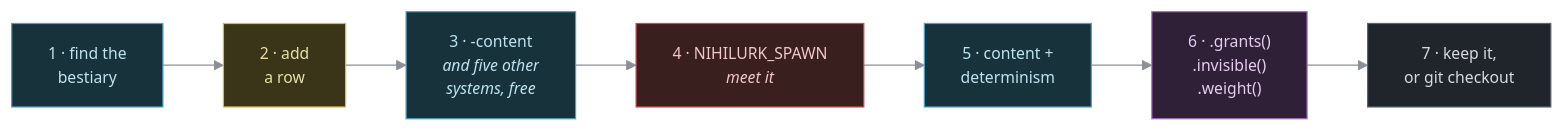
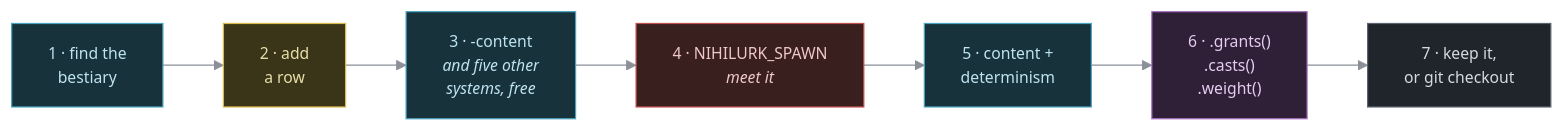
Before and after one commit to bae-alves/nihilurk: the diagram in docs/tutorial/add-your-first-monster.md, drawn with Mermaid. The commit also changed other lines of this file and 123 other files, not shown here.

````diff
--- a/docs/tutorial/add-your-first-monster.md
+++ b/docs/tutorial/add-your-first-monster.md
@@ -17,18 +17,18 @@
 ```mermaid
 %%{init: {'theme':'base','themeVariables':{
   'primaryColor':'#20242b','primaryTextColor':'#d7dae0',
   'primaryBorderColor':'#5c6370','lineColor':'#8a8f98',
   'fontFamily':'ui-monospace, SFMono-Regular, Menlo, monospace',
   'fontSize':'13px'}}}%%
 flowchart LR
   S1["1 · find the<br/>bestiary"]:::cold --> S2["2 · add<br/>a row"]:::hero
   S2 --> S3["3 · -content<br/><i>and five other<br/>systems, free</i>"]:::cold
   S3 --> S4["4 · NIHILURK_SPAWN<br/><i>meet it</i>"]:::peril
   S4 --> S5["5 · content +<br/>determinism"]:::cold
-  S5 --> S6["6 · .grants()<br/>.invisible()<br/>.weight()"]:::magic
+  S5 --> S6["6 · .grants()<br/>.casts()<br/>.weight()"]:::magic
   S6 --> S7["7 · keep it,<br/>or git checkout"]
   classDef hero fill:#3a3418,stroke:#d7ba4a,color:#e8dfa8
   classDef peril fill:#3a1f1f,stroke:#c05050,color:#f0c8c8
   classDef magic fill:#2f2038,stroke:#a86fc0,color:#e6cdf0
   classDef cold  fill:#17323a,stroke:#4aa3c0,color:#bfe4f0
 ```
````
